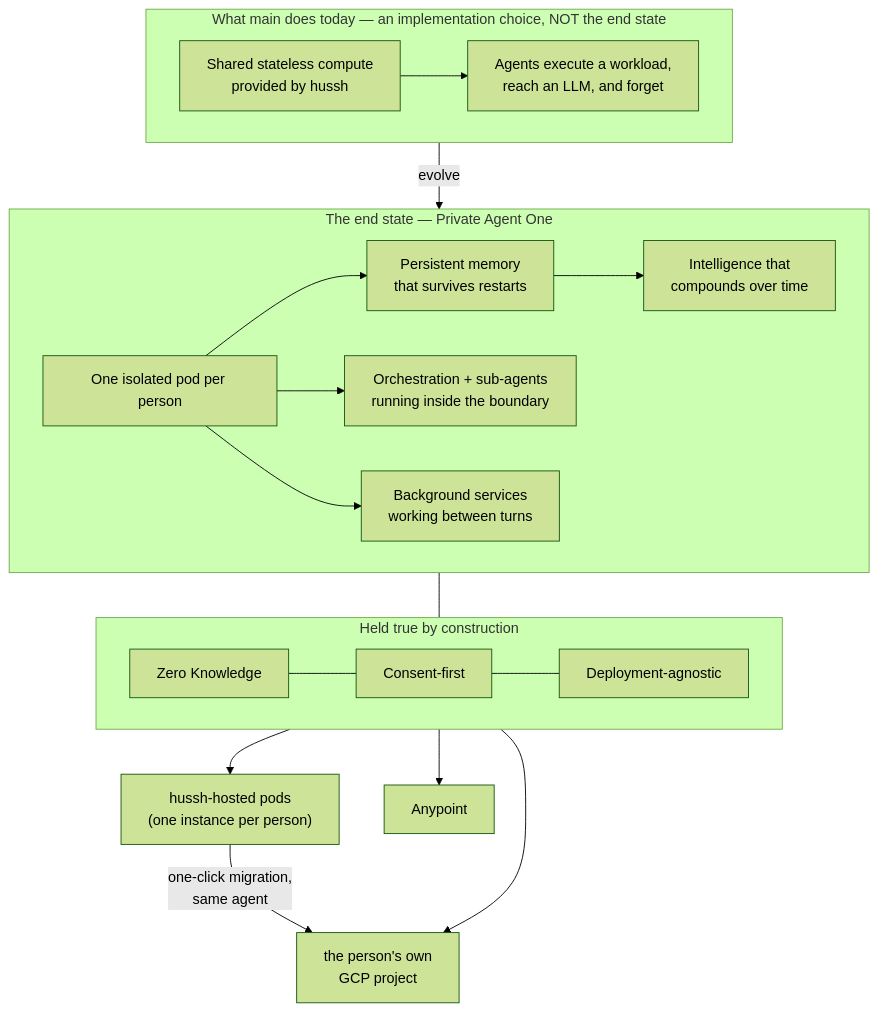
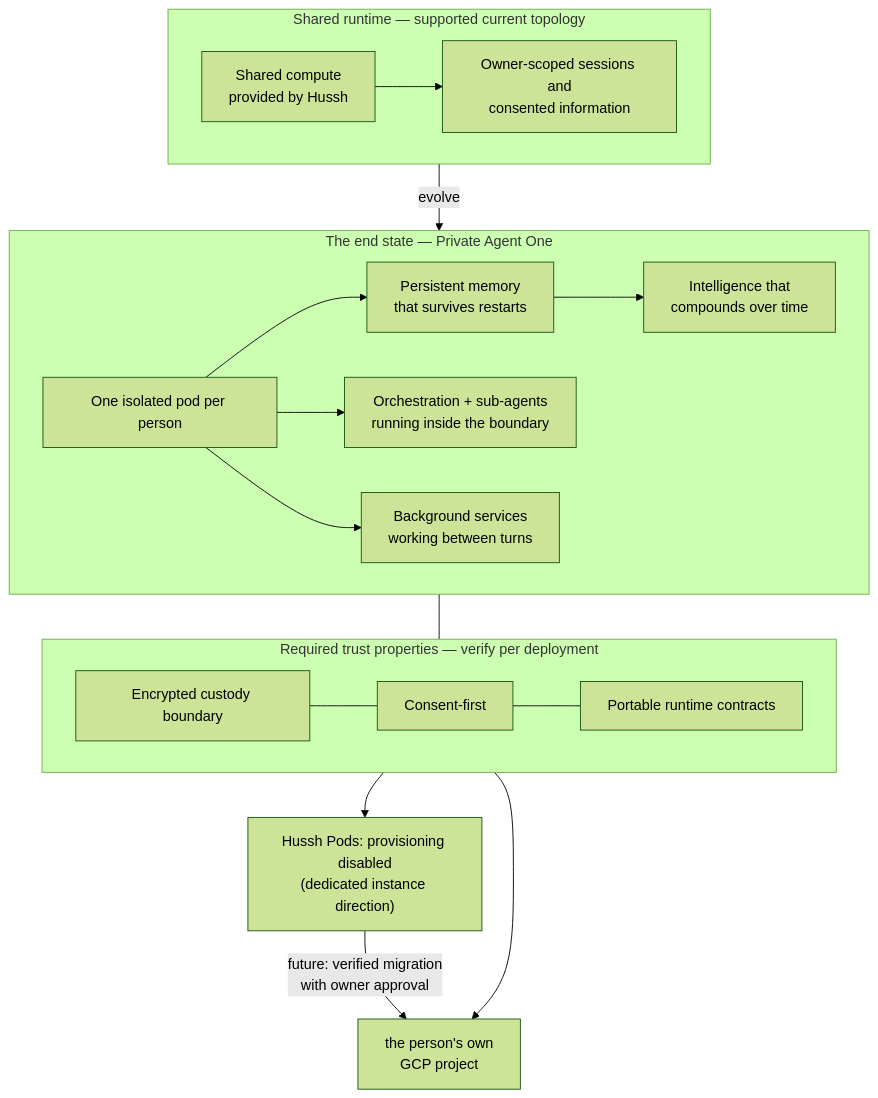
Before and after one commit to hushh-labs/hushh-research: the diagram in docs/reference/architecture/private-agent-north-star.md, drawn with Mermaid (forest theme). The commit also changed other lines of this file and 160 other files, not shown here.

````diff
--- a/docs/reference/architecture/private-agent-north-star.md
+++ b/docs/reference/architecture/private-agent-north-star.md
@@ -13,21 +13,20 @@
 ```mermaid
 flowchart TB
-  subgraph WAS["What main does today — an implementation choice, NOT the end state"]
-    S1["Shared stateless compute<br/>provided by hussh"] --> S2["Agents execute a workload,<br/>reach an LLM, and forget"]
+  subgraph WAS["Shared runtime — supported current topology"]
+    S1["Shared compute<br/>provided by Hussh"] --> S2["Owner-scoped sessions and<br/>consented information"]
   end
   subgraph IS["The end state — Private Agent One"]
     P1["One isolated pod per person"] --> P2["Persistent memory<br/>that survives restarts"]
     P1 --> P3["Orchestration + sub-agents<br/>running inside the boundary"]
     P1 --> P4["Background services<br/>working between turns"]
     P2 --> P5["Intelligence that<br/>compounds over time"]
   end
-  subgraph HOW["Held true by construction"]
-    Z1["Zero Knowledge"] --- Z2["Consent-first"] --- Z3["Deployment-agnostic"]
+  subgraph HOW["Required trust properties — verify per deployment"]
+    Z1["Encrypted custody boundary"] --- Z2["Consent-first"] --- Z3["Portable runtime contracts"]
   end
   WAS -->|"evolve"| IS
   IS --- HOW
-  HOW --> D1["hussh-hosted pods<br/>(one instance per person)"]
+  HOW --> D1["Hussh Pods: provisioning disabled<br/>(dedicated instance direction)"]
   HOW --> D2["the person's own<br/>GCP project"]
-  HOW --> D3["Anypoint"]
-  D1 -->|"one-click migration,<br/>same agent"| D2
+  D1 -->|"future: verified migration<br/>with owner approval"| D2
 ```
````
